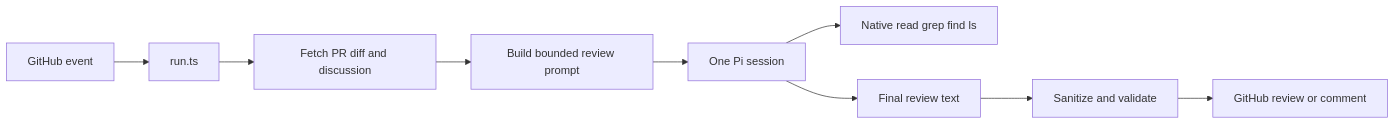
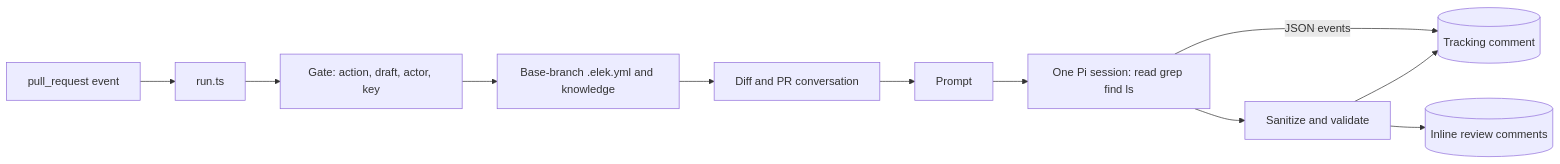
One commit to selimozten/elek changed the diagram in docs/ARCHITECTURE.md. Above: the diagram before and after it, drawn with Mermaid. The commit also changed other lines of this file and 9 other files, not shown here.

````diff
--- a/docs/ARCHITECTURE.md
+++ b/docs/ARCHITECTURE.md
@@ -8,11 +8,13 @@
 ```mermaid
 flowchart LR
-    A[GitHub event] --> B[run.ts]
-    B --> C[Fetch PR diff and discussion]
-    C --> D[Build bounded review prompt]
-    D --> E[One Pi session]
-    E --> F[Native read grep find ls]
-    E --> G[Final review text]
-    G --> H[Sanitize and validate]
-    H --> I[GitHub review or comment]
+    A[pull_request event] --> B[run.ts]
+    B --> C[Gate: action, draft, actor, key]
+    C --> D[Base-branch .elek.yml and knowledge]
+    D --> E[Diff and PR conversation]
+    E --> F[Prompt]
+    F --> G[One Pi session: read grep find ls]
+    G -->|JSON events| H[(Tracking comment)]
+    G --> I[Sanitize and validate]
+    I --> H
+    I --> J[(Inline review comments)]
 ```
````
